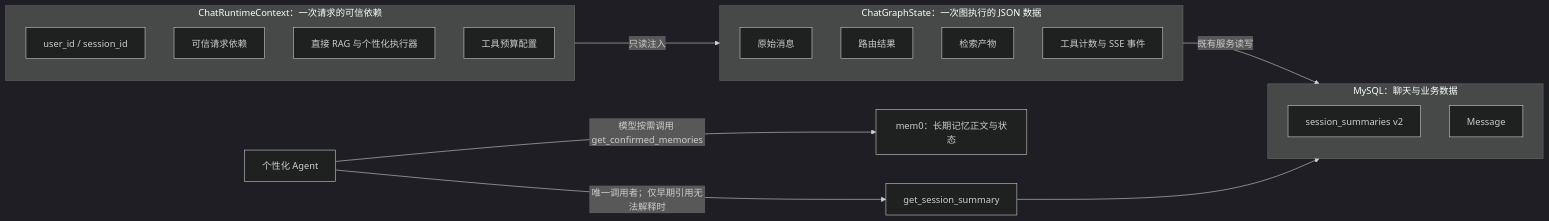
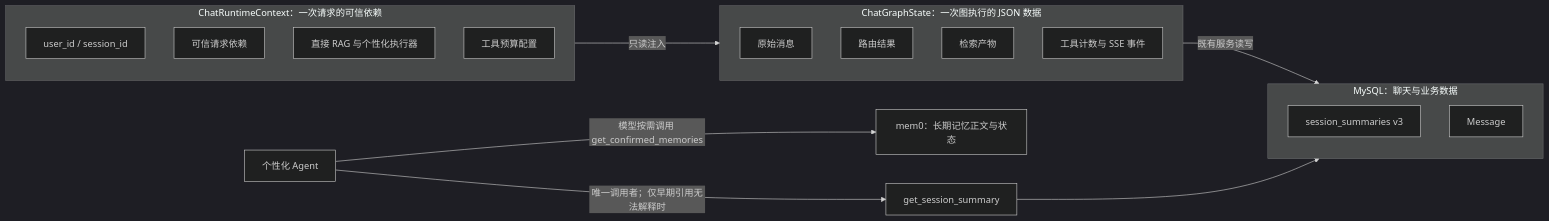
Before and after one commit to Leewx-char/FitAgent: the fourth of 6 diagrams in docs/langgraph-chat-routing.md, drawn with Mermaid (dark theme). The commit also changed other lines of this file and 6 other files, not shown here.

````diff
--- a/docs/langgraph-chat-routing.md
+++ b/docs/langgraph-chat-routing.md
@@ -80,31 +80,31 @@
 ```mermaid
 flowchart LR
     subgraph Runtime[ChatRuntimeContext：一次请求的可信依赖]
         R1[user_id / session_id]
         R2[可信请求依赖]
         R3[直接 RAG 与个性化执行器]
         R4[工具预算配置]
     end
 
     subgraph State[ChatGraphState：一次图执行的 JSON 数据]
         S1[原始消息]
         S2[路由结果]
         S3[检索产物]
         S4[工具计数与 SSE 事件]
     end
 
     subgraph Database[MySQL：聊天与业务数据]
-        D1[session_summaries v2]
+        D1[session_summaries v3]
         D2[Message]
     end
 
     Memory[mem0：长期记忆正文与状态]
     Agent[个性化 Agent]
     Summary[get_session_summary]
 
     Runtime -->|只读注入| State
     State -->|既有服务读写| Database
     Agent -->|模型按需调用 get_confirmed_memories| Memory
     Agent -->|唯一调用者；仅早期引用无法解释时| Summary
     Summary --> Database
 ```
````
